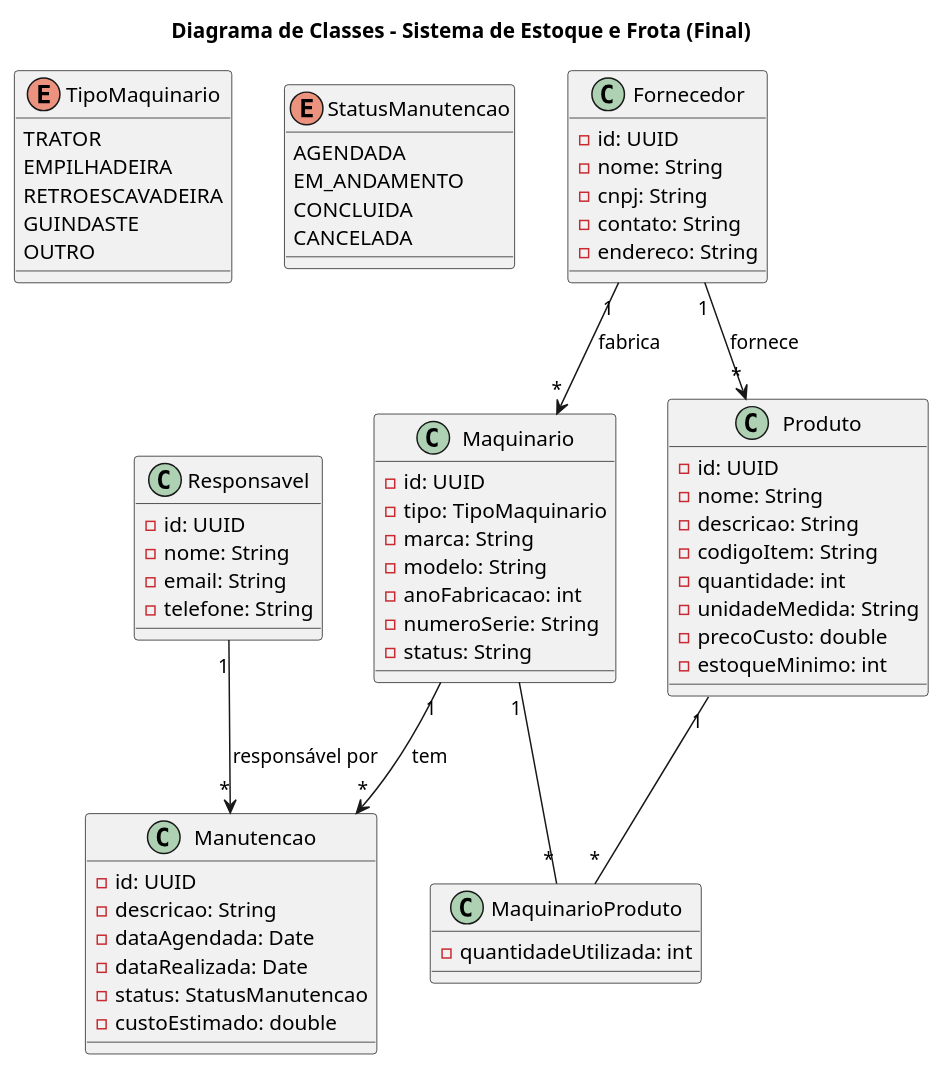
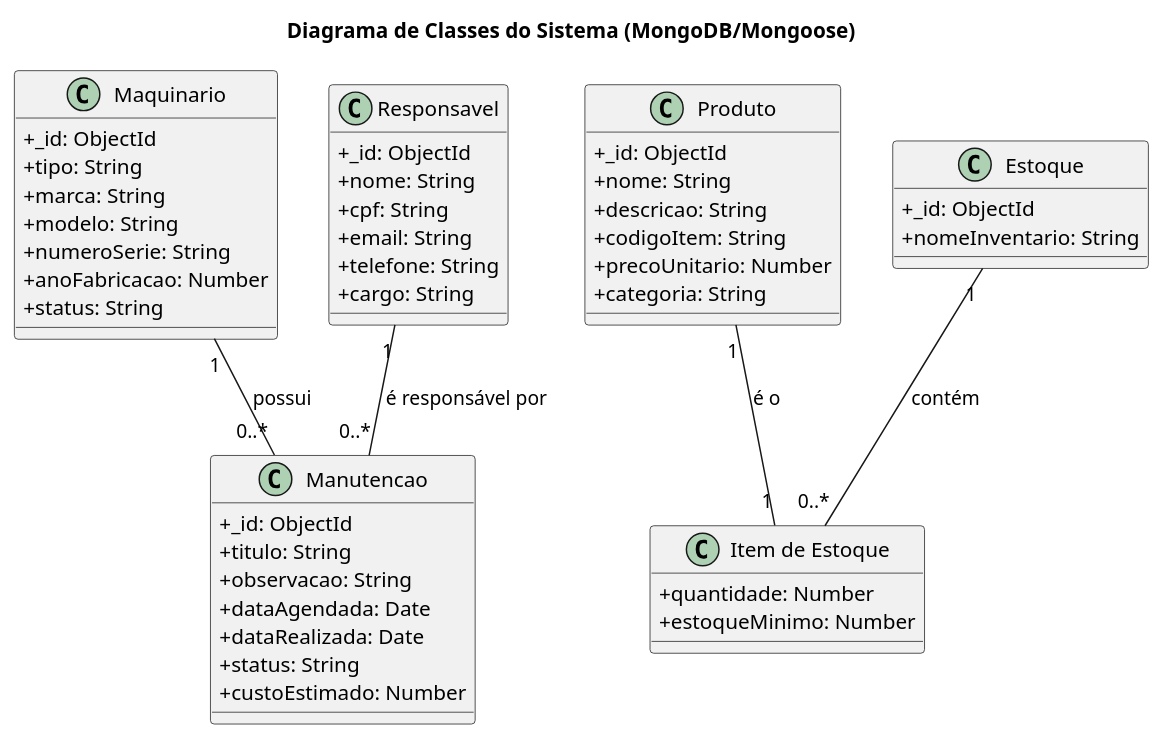
The diagram in 3- DESIGN/diagramaClasses.puml (SPD-BES-2025-3/grupo10), drawn with PlantUML before and after one commit. The commit also changed 39 other files, not shown here.

```diff
--- a/3- DESIGN/diagramaClasses.puml
+++ b/3- DESIGN/diagramaClasses.puml
@@ -1,81 +1,61 @@
-@startuml
-title Diagrama de Classes - Sistema de Estoque e Frota (Final)
+@startuml Diagrama de Classes
 
-' --- ENUMS ---
-enum TipoMaquinario {
-  TRATOR
-  EMPILHADEIRA
-  RETROESCAVADEIRA
-  GUINDASTE
-  OUTRO
+title Diagrama de Classes do Sistema (MongoDB/Mongoose)
+
+skinparam classAttributeIconSize 0
+
+class Maquinario {
+  + _id: ObjectId
+  + tipo: String
+  + marca: String
+  + modelo: String
+  + numeroSerie: String
+  + anoFabricacao: Number
+  + status: String
 }
 
-enum StatusManutencao {
-  AGENDADA
-  EM_ANDAMENTO
-  CONCLUIDA
-  CANCELADA
-}
-
-' --- CLASSES PRINCIPAIS ---
-class Produto {
-  - id: UUID
-  - nome: String
-  - descricao: String
-  - codigoItem: String
-  - quantidade: int
-  - unidadeMedida: String
-  - precoCusto: double
-  - estoqueMinimo: int
-}
-
-class Maquinario {
-  - id: UUID
-  - tipo: TipoMaquinario
-  - marca: String
-  - modelo: String
-  - anoFabricacao: int
-  - numeroSerie: String
-  - status: String
-}
-
-class Fornecedor {
-  - id: UUID
-  - nome: String
-  - cnpj: String
-  - contato: String
-  - endereco: String
+class Responsavel {
+  + _id: ObjectId
+  + nome: String
+  + cpf: String
+  + email: String
+  + telefone: String
+  + cargo: String
 }
 
 class Manutencao {
-  - id: UUID
-  - descricao: String
-  - dataAgendada: Date
-  - dataRealizada: Date
-  - status: StatusManutencao
-  - custoEstimado: double
+  + _id: ObjectId
+  + titulo: String
+  + observacao: String
+  + dataAgendada: Date
+  + dataRealizada: Date
+  + status: String
+  + custoEstimado: Number
 }
 
-class Responsavel {
-  - id: UUID
-  - nome: String
-  - email: String
-  - telefone: String
+class Produto {
+  + _id: ObjectId
+  + nome: String
+  + descricao: String
+  + codigoItem: String
+  + precoUnitario: Number
+  + categoria: String
 }
 
-' --- RELACIONAMENTOS ---
-Fornecedor "1" --> "*" Produto : fornece
-Fornecedor "1" --> "*" Maquinario : fabrica
+class Estoque {
+  + _id: ObjectId
+  + nomeInventario: String
+}
 
-Maquinario "1" --> "*" Manutencao : tem
+class "Item de Estoque" as EstoqueItem {
+  + quantidade: Number
+  + estoqueMinimo: Number
+}
 
-Responsavel "1" --> "*" Manutencao : responsável por
+Maquinario "1" -- "0..*" Manutencao : "possui"
+Responsavel "1" -- "0..*" Manutencao : "é responsável por"
 
-' --- TABELA INTERMEDIÁRIA PARA RELAÇÃO N-N ---
-class MaquinarioProduto {
-  - quantidadeUtilizada: int
-}
-Maquinario "1" -- "*" MaquinarioProduto
-Produto "1" -- "*" MaquinarioProduto
+Estoque "1" -- "0..*" EstoqueItem : "contém"
+Produto "1" -- "1" EstoqueItem : "é o"
 
 @enduml
```
